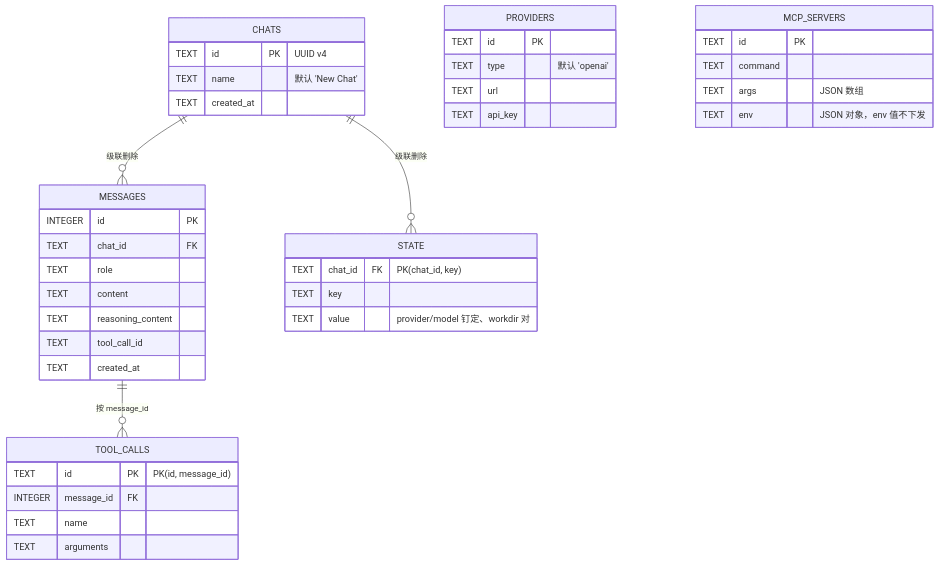
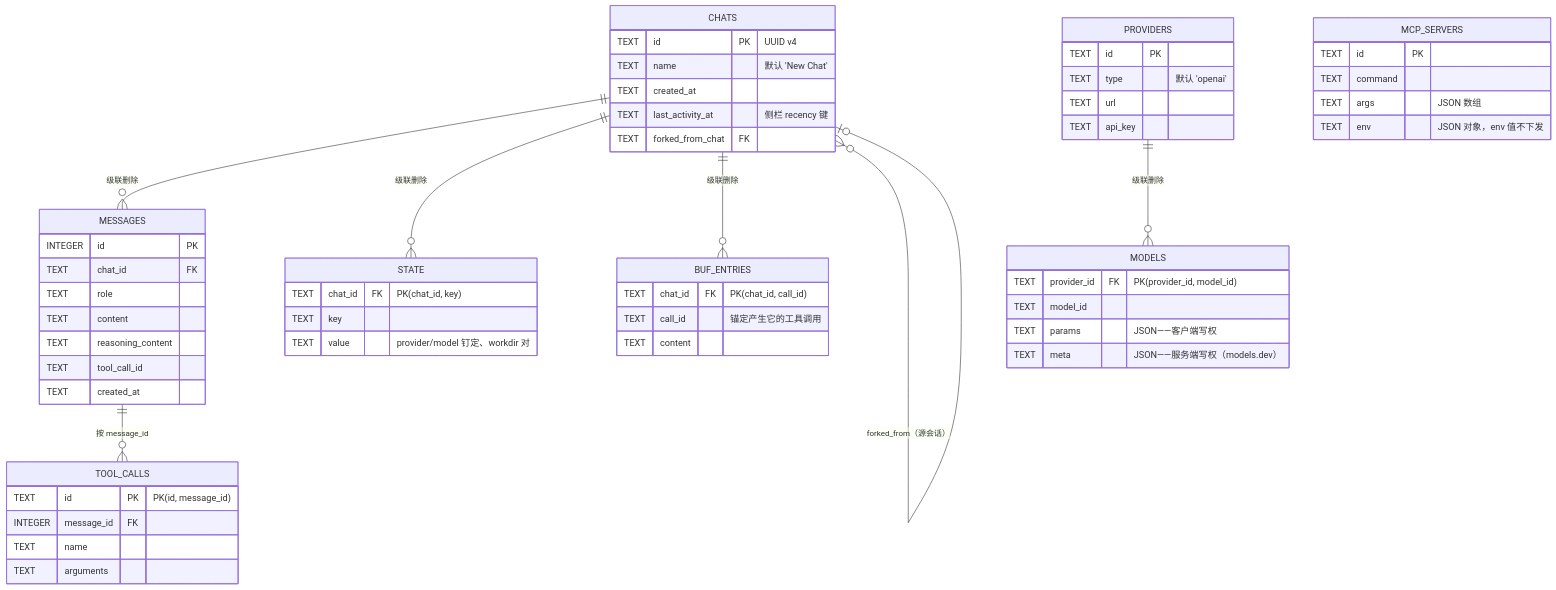
One commit to km0e/flux changed the sixth of 8 diagrams in docs/architecture.md. Above: the diagram before and after it, drawn with Mermaid. The commit also changed other lines of this file and 167 other files, not shown here.

````diff
--- a/docs/architecture.md
+++ b/docs/architecture.md
@@ -290,44 +292,60 @@
 ```mermaid
 erDiagram
  CHATS ||--o{ MESSAGES : "级联删除"
  CHATS ||--o{ STATE : "级联删除"
+ CHATS ||--o{ BUF_ENTRIES : "级联删除"
+ PROVIDERS ||--o{ MODELS : "级联删除"
  MESSAGES ||--o{ TOOL_CALLS : "按 message_id"
+ CHATS }o--o| CHATS : "forked_from（源会话）"
 
  CHATS {
  TEXT id PK "UUID v4"
  TEXT name "默认 'New Chat'"
  TEXT created_at
+ TEXT last_activity_at "侧栏 recency 键"
+ TEXT forked_from_chat FK
  }
  MESSAGES {
  INTEGER id PK
  TEXT chat_id FK
  TEXT role
  TEXT content
  TEXT reasoning_content
  TEXT tool_call_id
  TEXT created_at
  }
  TOOL_CALLS {
  TEXT id PK "PK(id, message_id)"
  INTEGER message_id FK
  TEXT name
  TEXT arguments
  }
  STATE {
  TEXT chat_id FK "PK(chat_id, key)"
  TEXT key
  TEXT value "provider/model 钉定、workdir 对"
  }
  PROVIDERS {
  TEXT id PK
  TEXT type "默认 'openai'"
  TEXT url
  TEXT api_key
  }
+ MODELS {
+ TEXT provider_id FK "PK(provider_id, model_id)"
+ TEXT model_id
+ TEXT params "JSON——客户端写权"
+ TEXT meta "JSON——服务端写权（models.dev）"
+ }
  MCP_SERVERS {
  TEXT id PK
  TEXT command
  TEXT args "JSON 数组"
  TEXT env "JSON 对象，env 值不下发"
  }
+ BUF_ENTRIES {
+ TEXT chat_id FK "PK(chat_id, call_id)"
+ TEXT call_id "锚定产生它的工具调用"
+ TEXT content
+ }
 ```
````
